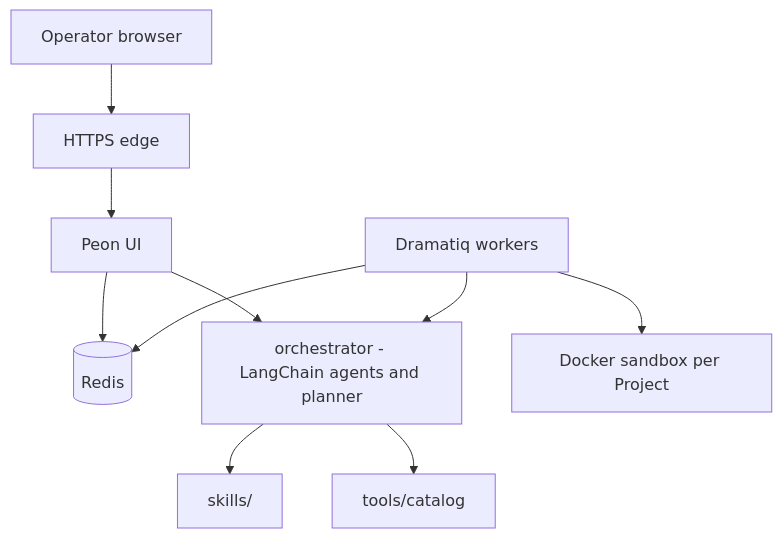
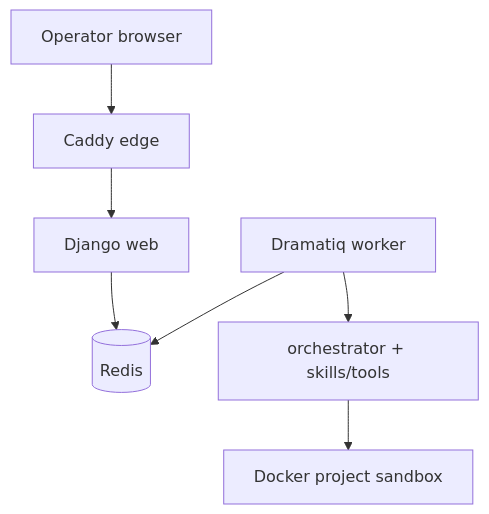
The diagram in README.md (Salto7/Peon), drawn with Mermaid before and after one commit. The commit also changed other lines of this file and 137 other files, not shown here.

````diff
--- a/README.md
+++ b/README.md
@@ -76,22 +36,16 @@
 ```mermaid
 flowchart TD
-  you["Operator browser"]
-  edge["HTTPS edge"]
-  ui["Peon UI"]
+  browser["Operator browser"]
+  edge["Caddy edge"]
+  web["Django web"]
   redis[("Redis")]
-  worker["Dramatiq workers"]
-  orch["orchestrator - LangChain agents and planner"]
-  skills["skills/"]
-  tools["tools/catalog"]
-  sbx["Docker sandbox per Project"]
+  worker["Dramatiq worker"]
+  orch["orchestrator + skills/tools"]
+  sbx["Docker project sandbox"]
 
-  you --> edge
-  edge --> ui
-  ui --> orch
-  ui --> redis
+  browser --> edge --> web
+  web --> redis
   worker --> redis
   worker --> orch
-  orch --> skills
-  orch --> tools
-  worker --> sbx
+  orch --> sbx
 ```
````
